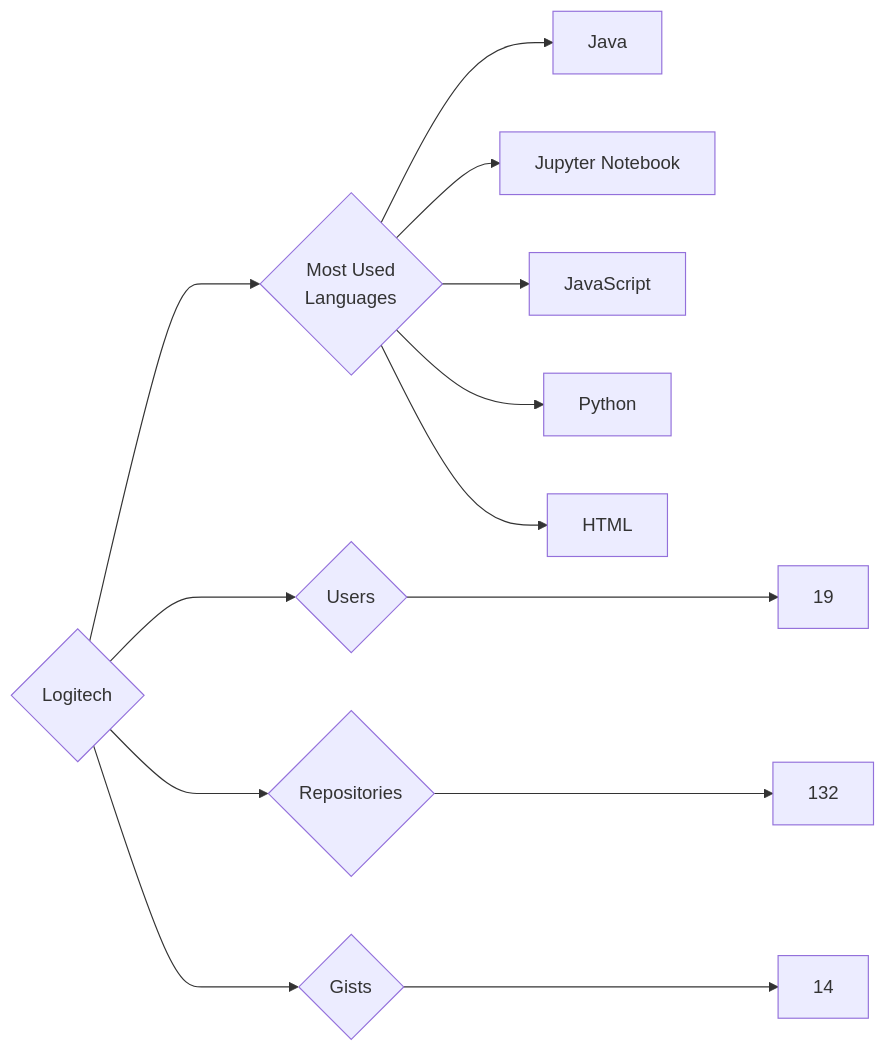
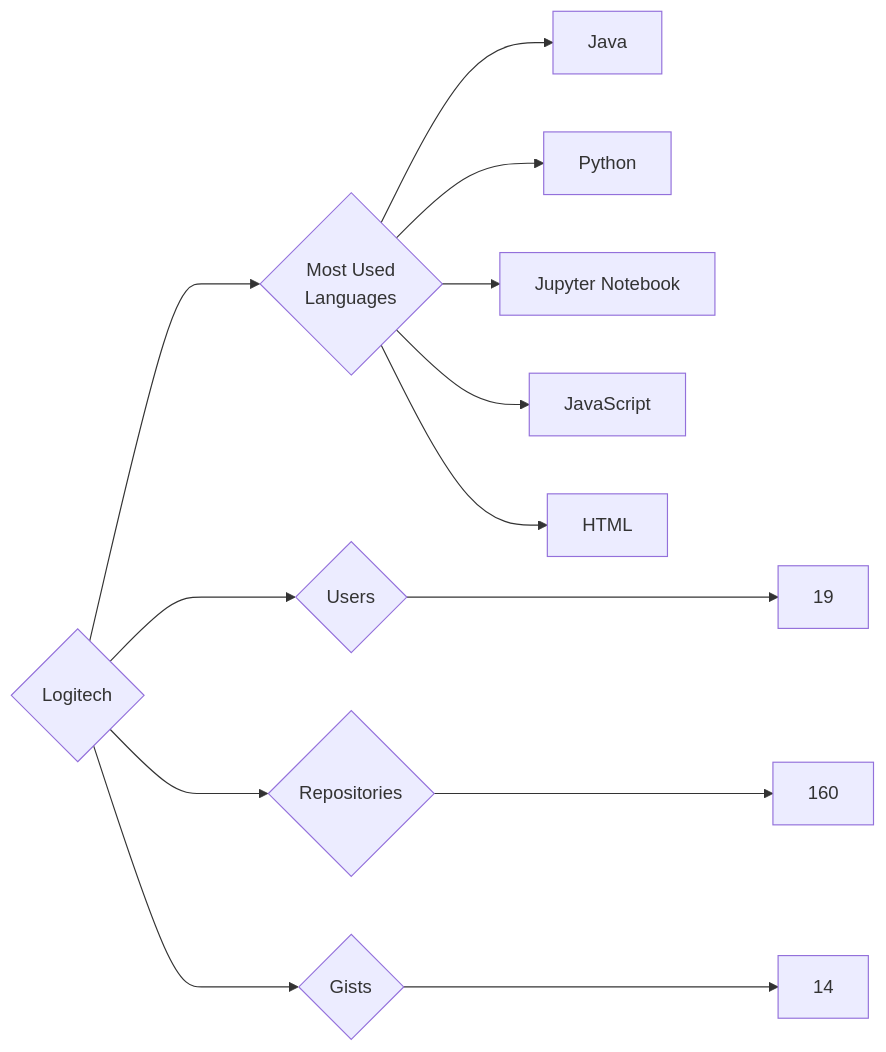
Before and after one commit to trickest/insiders: the diagram in targets/Logitech/README.md, drawn with Mermaid. The commit also changed 894 other files, not shown here.

````diff
--- a/targets/Logitech/README.md
+++ b/targets/Logitech/README.md
@@ -3,13 +3,13 @@
 ```mermaid
 graph LR
 COMPANY_NAME{Logitech}
 COMPANY_NAME ---> U{Users} ---> UN[19]
-COMPANY_NAME ---> R{Repositories} ---> RN[132]
+COMPANY_NAME ---> R{Repositories} ---> RN[160]
 COMPANY_NAME ---> G{Gists} ---> GN[14]
 COMPANY_NAME ---> ML{Most Used<br>Languages}
 ML --> Java[Java]
+ML --> Python[Python]
 ML --> Jupyter_Notebook[Jupyter Notebook]
 ML --> JavaScript[JavaScript]
-ML --> Python[Python]
 ML --> HTML[HTML]
 ```
````
